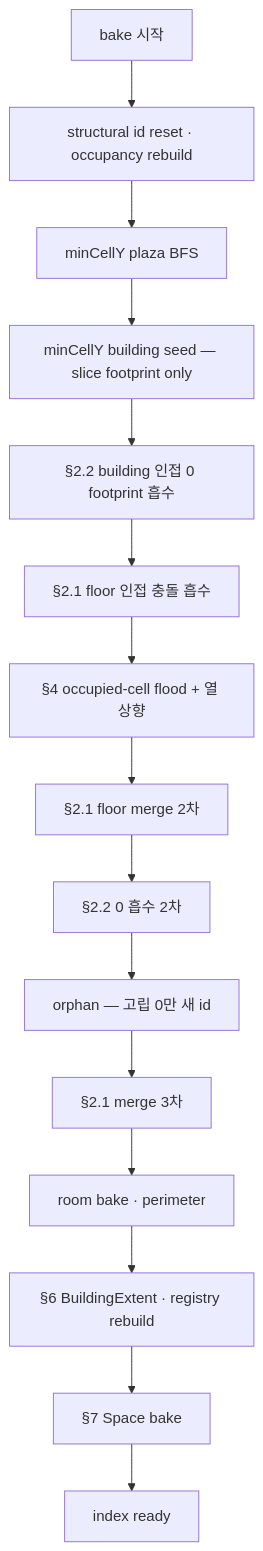
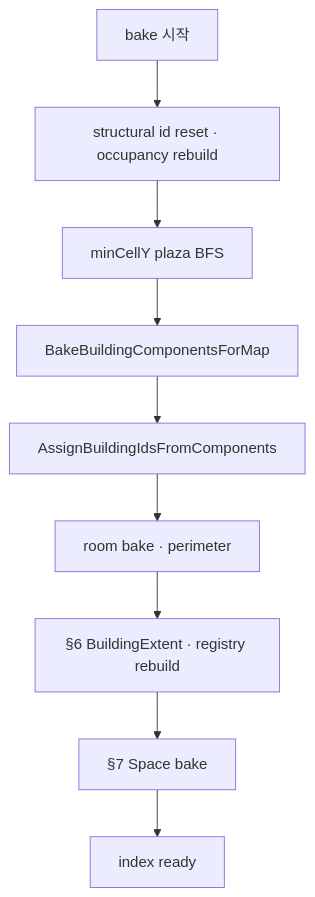
The first of 6 diagrams in Assets/Dist/Scripts/Map/TileMap/TILEMAP_BUILDING_BAKE.md (garunnir/Project_Pictureless), drawn with Mermaid before and after one commit. The commit also changed other lines of this file and 18 other files, not shown here.

First line of the commit message:
Refactor building bake to component union-find

````diff
--- a/Assets/Dist/Scripts/Map/TileMap/TILEMAP_BUILDING_BAKE.md
+++ b/Assets/Dist/Scripts/Map/TileMap/TILEMAP_BUILDING_BAKE.md
@@ -88,17 +120,11 @@
 ```mermaid
 flowchart TD
     Start[bake 시작] --> Init[structural id reset · occupancy rebuild]
     Init --> Outdoor[minCellY plaza BFS]
-    Outdoor --> Seeds[minCellY building seed — slice footprint only]
-    Seeds --> AdjZero[§2.2 building 인접 0 footprint 흡수]
-    AdjZero --> FloorMerge1[§2.1 floor 인접 충돌 흡수]
-    FloorMerge1 --> Propagate[§4 occupied-cell flood + 열 상향]
-    Propagate --> FloorMerge2[§2.1 floor merge 2차]
-    FloorMerge2 --> AdjZero2[§2.2 0 흡수 2차]
-    AdjZero2 --> Orphan[orphan — 고립 0만 새 id]
-    Orphan --> FloorMerge3[§2.1 merge 3차]
-    FloorMerge3 --> Rooms[room bake · perimeter]
+    Outdoor --> CompBake[BakeBuildingComponentsForMap]
+    CompBake --> AssignId[AssignBuildingIdsFromComponents]
+    AssignId --> Rooms[room bake · perimeter]
     Rooms --> Extent[§6 BuildingExtent · registry rebuild]
     Extent --> SpaceBake[§7 Space bake]
     SpaceBake --> Done[index ready]
 ```
````
